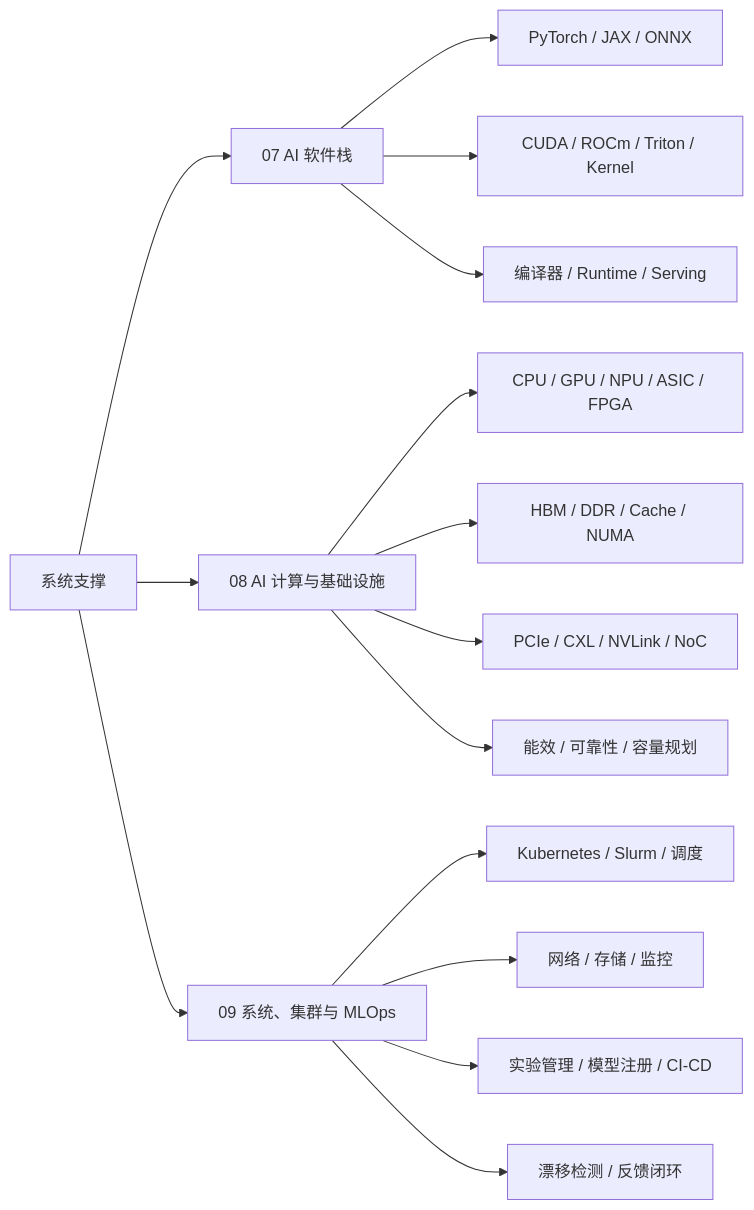
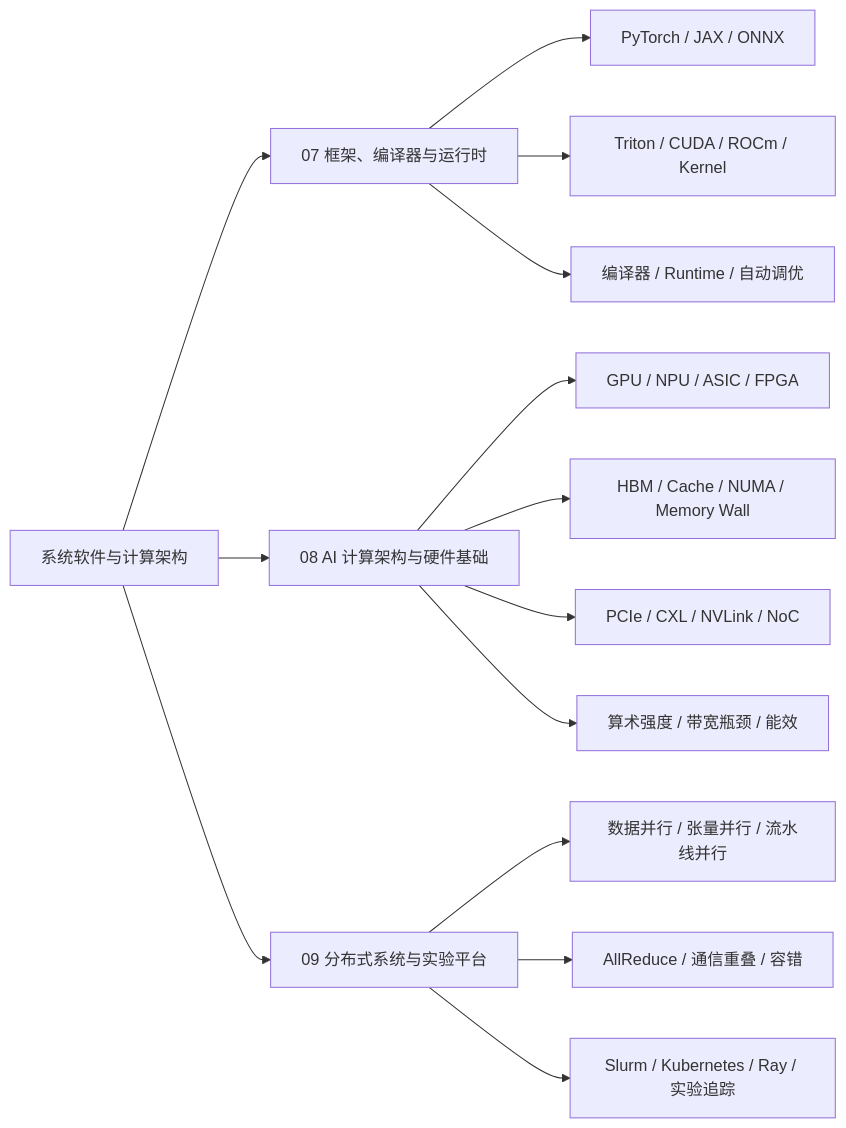
Before and after one commit to AmourSec/aikg: the fifth of 6 diagrams in docs/knowledge-map.md, drawn with Mermaid. The commit also changed other lines of this file and 22 other files, not shown here.

````diff
--- a/docs/knowledge-map.md
+++ b/docs/knowledge-map.md
@@ -138,24 +137,23 @@
 ```mermaid
 flowchart LR
-  S4["系统支撑"] --> M07["07 AI 软件栈"]
-  S4 --> M08["08 AI 计算与基础设施"]
-  S4 --> M09["09 系统、集群与 MLOps"]
+  S4["系统软件与计算架构"] --> M07["07 框架、编译器与运行时"]
+  S4 --> M08["08 AI 计算架构与硬件基础"]
+  S4 --> M09["09 分布式系统与实验平台"]
 
   M07 --> H1["PyTorch / JAX / ONNX"]
-  M07 --> H2["CUDA / ROCm / Triton / Kernel"]
-  M07 --> H3["编译器 / Runtime / Serving"]
+  M07 --> H2["Triton / CUDA / ROCm / Kernel"]
+  M07 --> H3["编译器 / Runtime / 自动调优"]
 
-  M08 --> I1["CPU / GPU / NPU / ASIC / FPGA"]
-  M08 --> I2["HBM / DDR / Cache / NUMA"]
+  M08 --> I1["GPU / NPU / ASIC / FPGA"]
+  M08 --> I2["HBM / Cache / NUMA / Memory Wall"]
   M08 --> I3["PCIe / CXL / NVLink / NoC"]
-  M08 --> I4["能效 / 可靠性 / 容量规划"]
+  M08 --> I4["算术强度 / 带宽瓶颈 / 能效"]
 
-  M09 --> J1["Kubernetes / Slurm / 调度"]
-  M09 --> J2["网络 / 存储 / 监控"]
-  M09 --> J3["实验管理 / 模型注册 / CI-CD"]
-  M09 --> J4["漂移检测 / 反馈闭环"]
+  M09 --> J1["数据并行 / 张量并行 / 流水线并行"]
+  M09 --> J2["AllReduce / 通信重叠 / 容错"]
+  M09 --> J3["Slurm / Kubernetes / Ray / 实验追踪"]
 
-  click M07 "../07-ai-software-stack/" "打开 AI 软件栈"
-  click M08 "../08-ai-compute-infra/" "打开 AI 计算与基础设施"
-  click M09 "../09-systems-mlops/" "打开系统、集群与 MLOps"
+  click M07 "../07-ai-software-stack/" "打开框架、编译器与运行时"
+  click M08 "../08-ai-compute-infra/" "打开 AI 计算架构与硬件基础"
+  click M09 "../09-systems-mlops/" "打开分布式系统与实验平台"
 ```
````
